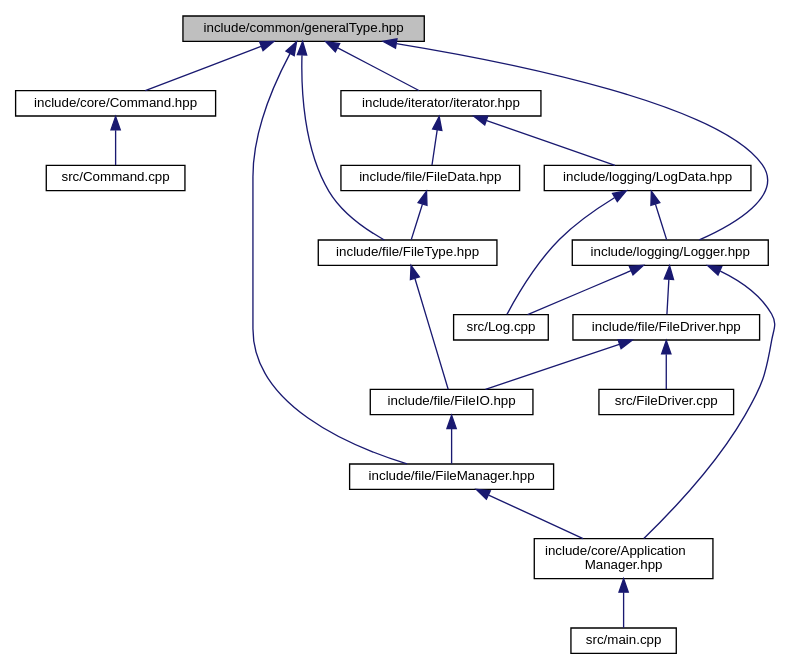
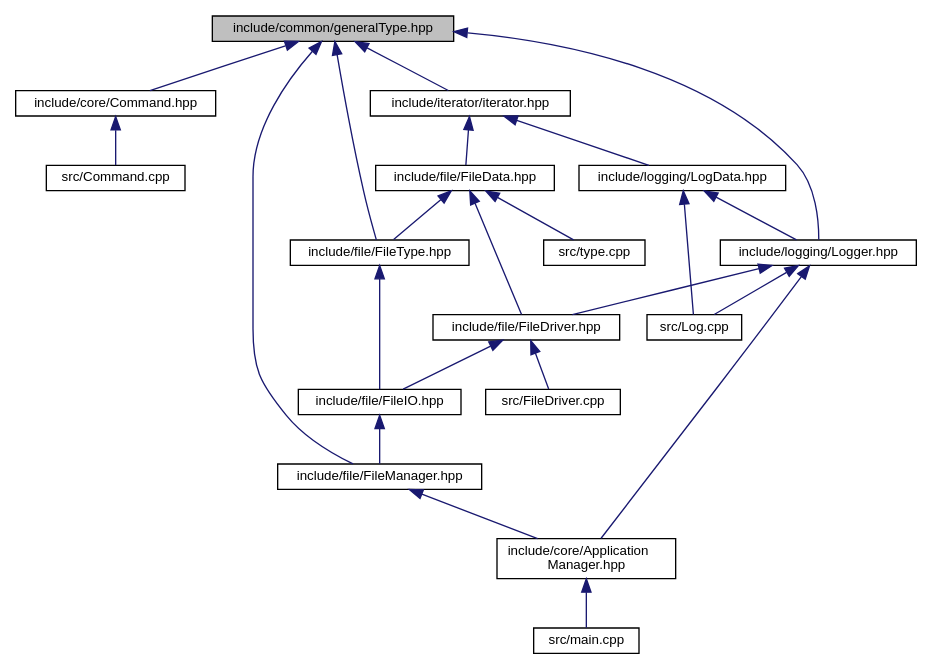
Before and after one commit to aka1ha2n3e/project00: the diagram in document/ドキュメント/generalType_8hpp__dep__incl.dot, drawn with Graphviz. The commit also changed 365 other files, not shown here.

```diff
--- a/document/ドキュメント/generalType_8hpp__dep__incl.dot
+++ b/document/ドキュメント/generalType_8hpp__dep__incl.dot
@@ -1,41 +1,44 @@
 digraph "include/common/generalType.hpp"
 {
  // LATEX_PDF_SIZE
   edge [fontname="Helvetica",fontsize="10",labelfontname="Helvetica",labelfontsize="10"];
   node [fontname="Helvetica",fontsize="10",shape=record];
   Node1 [label="include/common/generalType.hpp",height=0.2,width=0.4,color="black", fillcolor="grey75", style="filled", fontcolor="black",tooltip=" "];
   Node1 -> Node2 [dir="back",color="midnightblue",fontsize="10",style="solid",fontname="Helvetica"];
   Node2 [label="include/core/Command.hpp",height=0.2,width=0.4,color="black", fillcolor="white", style="filled",URL="$Command_8hpp.html",tooltip=" "];
   Node2 -> Node3 [dir="back",color="midnightblue",fontsize="10",style="solid",fontname="Helvetica"];
   Node3 [label="src/Command.cpp",height=0.2,width=0.4,color="black", fillcolor="white", style="filled",URL="$Command_8cpp.html",tooltip=" "];
   Node1 -> Node4 [dir="back",color="midnightblue",fontsize="10",style="solid",fontname="Helvetica"];
   Node4 [label="include/file/FileManager.hpp",height=0.2,width=0.4,color="black", fillcolor="white", style="filled",URL="$FileManager_8hpp.html",tooltip=" "];
   Node4 -> Node5 [dir="back",color="midnightblue",fontsize="10",style="solid",fontname="Helvetica"];
   Node5 [label="include/core/Application\lManager.hpp",height=0.2,width=0.4,color="black", fillcolor="white", style="filled",URL="$ApplicationManager_8hpp.html",tooltip=" "];
   Node5 -> Node6 [dir="back",color="midnightblue",fontsize="10",style="solid",fontname="Helvetica"];
   Node6 [label="src/main.cpp",height=0.2,width=0.4,color="black", fillcolor="white", style="filled",URL="$main_8cpp.html",tooltip=" "];
   Node1 -> Node7 [dir="back",color="midnightblue",fontsize="10",style="solid",fontname="Helvetica"];
   Node7 [label="include/file/FileType.hpp",height=0.2,width=0.4,color="black", fillcolor="white", style="filled",URL="$FileType_8hpp.html",tooltip=" "];
   Node7 -> Node8 [dir="back",color="midnightblue",fontsize="10",style="solid",fontname="Helvetica"];
   Node8 [label="include/file/FileIO.hpp",height=0.2,width=0.4,color="black", fillcolor="white", style="filled",URL="$FileIO_8hpp.html",tooltip=" "];
   Node8 -> Node4 [dir="back",color="midnightblue",fontsize="10",style="solid",fontname="Helvetica"];
   Node1 -> Node9 [dir="back",color="midnightblue",fontsize="10",style="solid",fontname="Helvetica"];
   Node9 [label="include/iterator/iterator.hpp",height=0.2,width=0.4,color="black", fillcolor="white", style="filled",URL="$iterator_8hpp.html",tooltip=" "];
   Node9 -> Node10 [dir="back",color="midnightblue",fontsize="10",style="solid",fontname="Helvetica"];
   Node10 [label="include/file/FileData.hpp",height=0.2,width=0.4,color="black", fillcolor="white", style="filled",URL="$FileData_8hpp.html",tooltip=" "];
+  Node10 -> Node11 [dir="back",color="midnightblue",fontsize="10",style="solid",fontname="Helvetica"];
+  Node11 [label="src/type.cpp",height=0.2,width=0.4,color="black", fillcolor="white", style="filled",URL="$type_8cpp.html",tooltip=" "];
+  Node10 -> Node12 [dir="back",color="midnightblue",fontsize="10",style="solid",fontname="Helvetica"];
+  Node12 [label="include/file/FileDriver.hpp",height=0.2,width=0.4,color="black", fillcolor="white", style="filled",URL="$FileDriver_8hpp.html",tooltip=" "];
+  Node12 -> Node13 [dir="back",color="midnightblue",fontsize="10",style="solid",fontname="Helvetica"];
+  Node13 [label="src/FileDriver.cpp",height=0.2,width=0.4,color="black", fillcolor="white", style="filled",URL="$FileDriver_8cpp.html",tooltip=" "];
+  Node12 -> Node8 [dir="back",color="midnightblue",fontsize="10",style="solid",fontname="Helvetica"];
   Node10 -> Node7 [dir="back",color="midnightblue",fontsize="10",style="solid",fontname="Helvetica"];
-  Node9 -> Node11 [dir="back",color="midnightblue",fontsize="10",style="solid",fontname="Helvetica"];
-  Node11 [label="include/logging/LogData.hpp",height=0.2,width=0.4,color="black", fillcolor="white", style="filled",URL="$LogData_8hpp.html",tooltip=" "];
-  Node11 -> Node12 [dir="back",color="midnightblue",fontsize="10",style="solid",fontname="Helvetica"];
-  Node12 [label="src/Log.cpp",height=0.2,width=0.4,color="black", fillcolor="white", style="filled",URL="$Log_8cpp.html",tooltip=" "];
-  Node11 -> Node13 [dir="back",color="midnightblue",fontsize="10",style="solid",fontname="Helvetica"];
-  Node13 [label="include/logging/Logger.hpp",height=0.2,width=0.4,color="black", fillcolor="white", style="filled",URL="$Logger_8hpp.html",tooltip=" "];
-  Node13 -> Node12 [dir="back",color="midnightblue",fontsize="10",style="solid",fontname="Helvetica"];
-  Node13 -> Node5 [dir="back",color="midnightblue",fontsize="10",style="solid",fontname="Helvetica"];
-  Node13 -> Node14 [dir="back",color="midnightblue",fontsize="10",style="solid",fontname="Helvetica"];
-  Node14 [label="include/file/FileDriver.hpp",height=0.2,width=0.4,color="black", fillcolor="white", style="filled",URL="$FileDriver_8hpp.html",tooltip=" "];
+  Node9 -> Node14 [dir="back",color="midnightblue",fontsize="10",style="solid",fontname="Helvetica"];
+  Node14 [label="include/logging/LogData.hpp",height=0.2,width=0.4,color="black", fillcolor="white", style="filled",URL="$LogData_8hpp.html",tooltip=" "];
   Node14 -> Node15 [dir="back",color="midnightblue",fontsize="10",style="solid",fontname="Helvetica"];
-  Node15 [label="src/FileDriver.cpp",height=0.2,width=0.4,color="black", fillcolor="white", style="filled",URL="$FileDriver_8cpp.html",tooltip=" "];
-  Node14 -> Node8 [dir="back",color="midnightblue",fontsize="10",style="solid",fontname="Helvetica"];
-  Node1 -> Node13 [dir="back",color="midnightblue",fontsize="10",style="solid",fontname="Helvetica"];
+  Node15 [label="src/Log.cpp",height=0.2,width=0.4,color="black", fillcolor="white", style="filled",URL="$Log_8cpp.html",tooltip=" "];
+  Node14 -> Node16 [dir="back",color="midnightblue",fontsize="10",style="solid",fontname="Helvetica"];
+  Node16 [label="include/logging/Logger.hpp",height=0.2,width=0.4,color="black", fillcolor="white", style="filled",URL="$Logger_8hpp.html",tooltip=" "];
+  Node16 -> Node15 [dir="back",color="midnightblue",fontsize="10",style="solid",fontname="Helvetica"];
+  Node16 -> Node5 [dir="back",color="midnightblue",fontsize="10",style="solid",fontname="Helvetica"];
+  Node16 -> Node12 [dir="back",color="midnightblue",fontsize="10",style="solid",fontname="Helvetica"];
+  Node1 -> Node16 [dir="back",color="midnightblue",fontsize="10",style="solid",fontname="Helvetica"];
 }
```
